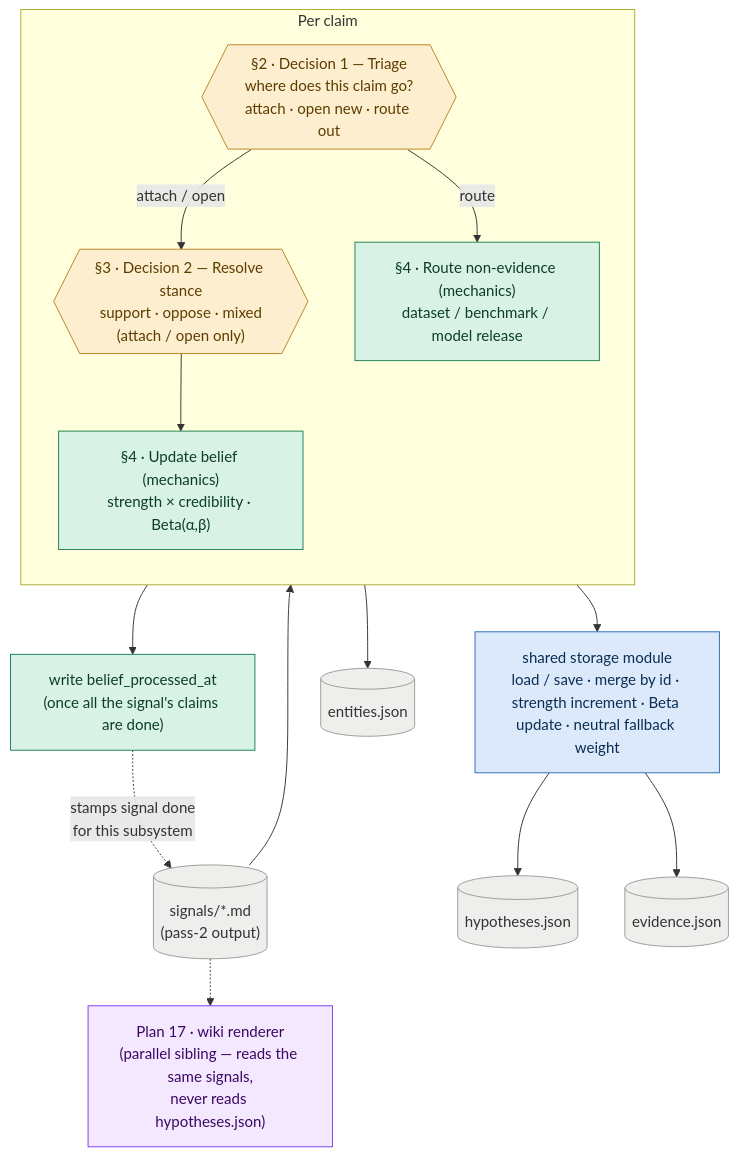
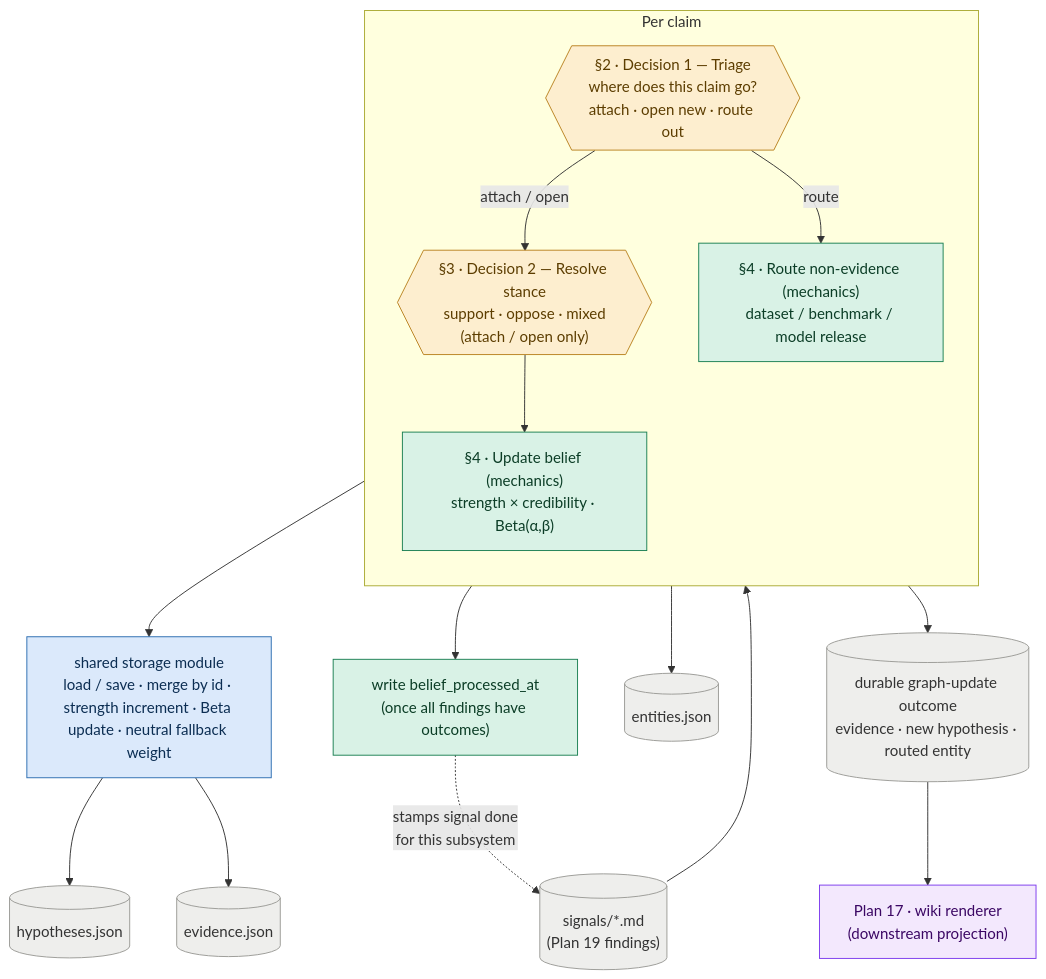
Before and after one commit to jmamath/distill: the diagram in docs/planning/doing/9_knowledge_update_loop.md, drawn with Mermaid. The commit also changed other lines of this file and 7 other files, not shown here.

First line of the commit message:
Reframe pipeline around graph-first finding interpretation

````diff
--- a/docs/planning/doing/9_knowledge_update_loop.md
+++ b/docs/planning/doing/9_knowledge_update_loop.md
@@ -28,35 +28,36 @@
 ```mermaid
 flowchart TB
-    sig[("signals/*.md<br/>(pass-2 output)")]:::data
+    sig[("signals/*.md<br/>(Plan 19 findings)")]:::data
 
     subgraph perclaim["Per claim"]
         direction TB
         d1{{"§2 · Decision 1 — Triage<br/>where does this claim go?<br/>attach · open new · route out"}}:::llm
         d2{{"§3 · Decision 2 — Resolve stance<br/>support · oppose · mixed<br/>(attach / open only)"}}:::llm
         belief["§4 · Update belief (mechanics)<br/>strength × credibility · Beta(α,β)"]:::det
         route["§4 · Route non-evidence (mechanics)<br/>dataset / benchmark / model release"]:::det
     end
 
     store["shared storage module<br/>load / save · merge by id · strength increment · Beta update · neutral fallback weight"]:::store
-    done["write belief_processed_at<br/>(once all the signal's claims are done)"]:::det
+    done["write belief_processed_at<br/>(once all findings have outcomes)"]:::det
 
     sig --> d1
     d1 -->|attach / open| d2
     d1 -->|route| route
     d2 --> belief
     belief --> store
     store --> hyp[("hypotheses.json")]:::data
     store --> ev[("evidence.json")]:::data
     route --> ent[("entities.json")]:::data
     perclaim --> done
     done -. "stamps signal done<br/>for this subsystem" .-> sig
 
-    renderer["Plan 17 · wiki renderer<br/>(parallel sibling — reads the same signals,<br/>never reads hypotheses.json)"]:::ext
-    sig -.-> renderer
+    outcome[("durable graph-update outcome<br/>evidence · new hypothesis · routed entity")]:::data
+    renderer["Plan 17 · wiki renderer<br/>(downstream projection)"]:::ext
+    perclaim --> outcome --> renderer
 
     classDef llm fill:#fdeecf,stroke:#b9821f,color:#5c3d00;
     classDef det fill:#d9f2e6,stroke:#1a7f52,color:#0b3d26;
     classDef store fill:#dbe9fb,stroke:#2b6cb0,color:#0b2d52;
     classDef data fill:#eeeeec,stroke:#9a9a96,color:#333333;
     classDef ext fill:#f3e8fd,stroke:#7c3aed,color:#3b0764;
 ```
````
